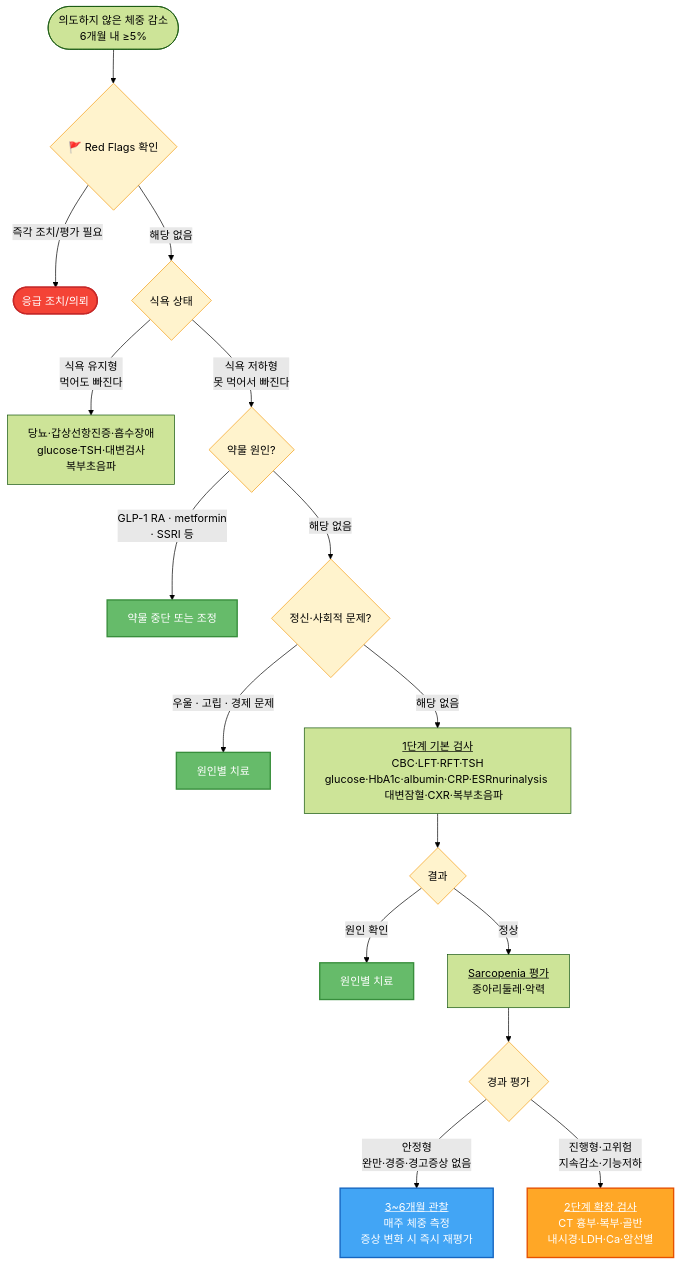
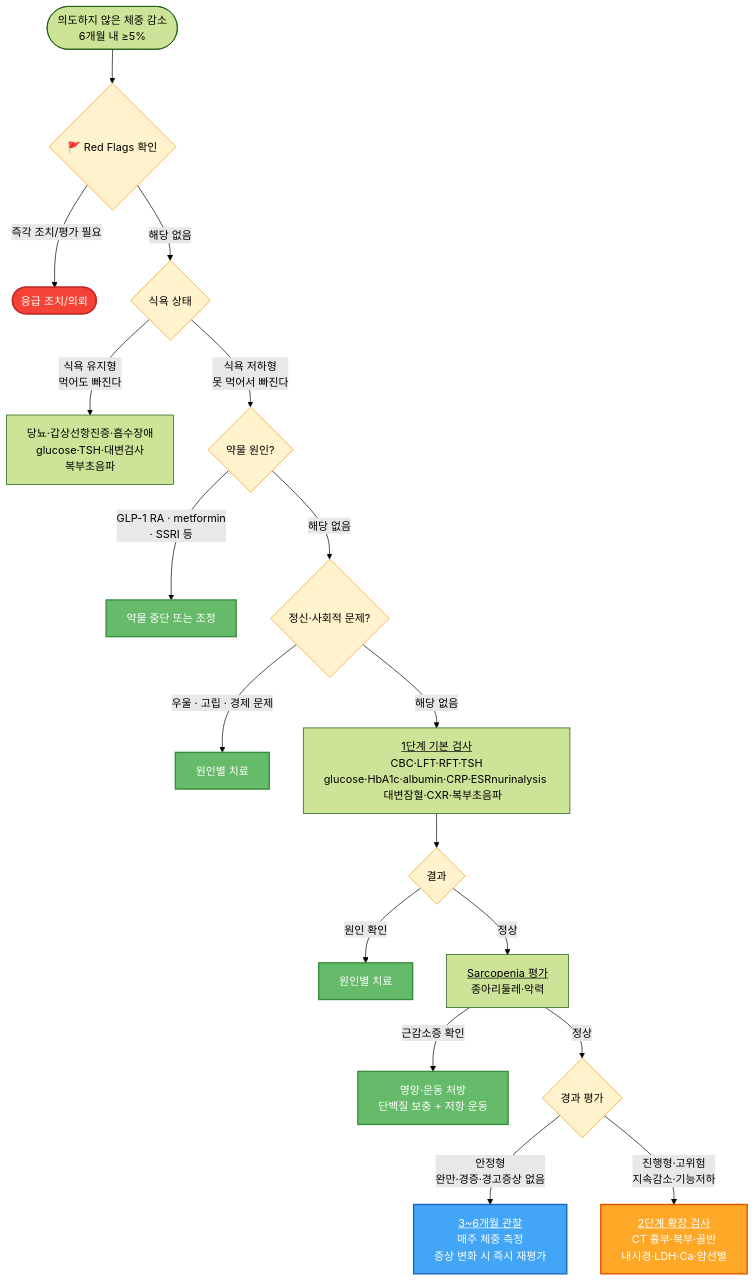
Before and after one commit to familyoh77/familyoh77: the diagram in 220_/013_-weight-loss.md, drawn with Mermaid (forest theme). The commit also changed other lines of this file, not shown here.

````diff
--- a/220_/013_-weight-loss.md
+++ b/220_/013_-weight-loss.md
@@ -137,27 +138,28 @@
 ```mermaid
 graph TD
     A([의도하지 않은 체중 감소</br>6개월 내 ≥5%]) --> B{🚩 Red Flags 확인}
     B -->|즉각 조치/평가 필요| C([응급 조치/의뢰])
     B -->|해당 없음| E{식욕 상태}
     E -->|식욕 유지형</br>먹어도 빠진다| F["당뇨·갑상선항진증·흡수장애</br>glucose·TSH·대변검사<br/> 복부초음파"]
     E -->|식욕 저하형</br>못 먹어서 빠진다| G{약물 원인?}
     G -->|GLP-1 RA · metformin </br>· SSRI 등| H[약물 중단 또는 조정]
     G -->|해당 없음| I{정신·사회적 문제?}
     I -->|우울 · 고립 · 경제 문제| J[원인별 치료]
     I -->|해당 없음| K["<u>1단계 기본 검사</u></br>CBC·LFT·RFT·TSH</br>glucose·HbA1c·albumin·CRP·ESRnurinalysis 
     대변잠혈·CXR·복부초음파"]
     K --> L{결과}
     L -->|원인 확인| M[원인별 치료]
     L -->|정상| N["<u>Sarcopenia 평가</u></br>종아리둘레·악력"]
-    N --> O{경과 평가}
+    N -->|근감소증 확인| R["영양·운동 처방</br>단백질 보충 + 저항 운동"]
+    N -->|정상| O{경과 평가}
     O -->|안정형</br>완만·경증·경고증상 없음| P["<u>3~6개월 관찰</u></br>매주 체중 측정</br>증상 변화 시 즉시 재평가"]
     O -->|진행형·고위험</br>지속감소·기능저하| Q["<u>2단계 확장 검사</u></br>CT 흉부·복부·골반</br>내시경·LDH·Ca·암선별"]
 
 classDef green fill:#66bb6a,stroke:#388e3c,color:#fff,stroke-width:2px
-class H,J,M green
+class H,J,M,R green
 classDef yellow fill:#fff3cd,stroke:#f39c12
 class B,E,G,I,L,O yellow
     style C fill:#f44336,stroke:#c62828,color:#fff,stroke-width:2px
     style P fill:#42a5f5,stroke:#1565c0,color:#fff,stroke-width:2px
     style Q fill:#ffa726,stroke:#e65100,color:#fff,stroke-width:2px
 ```
````
